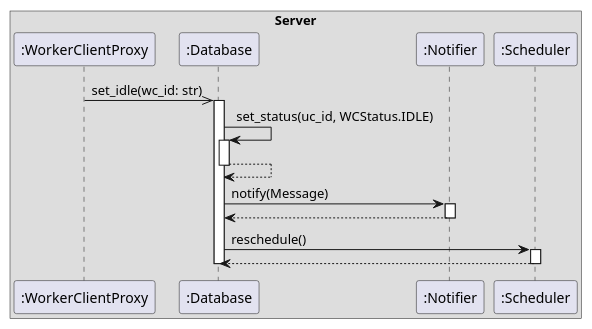
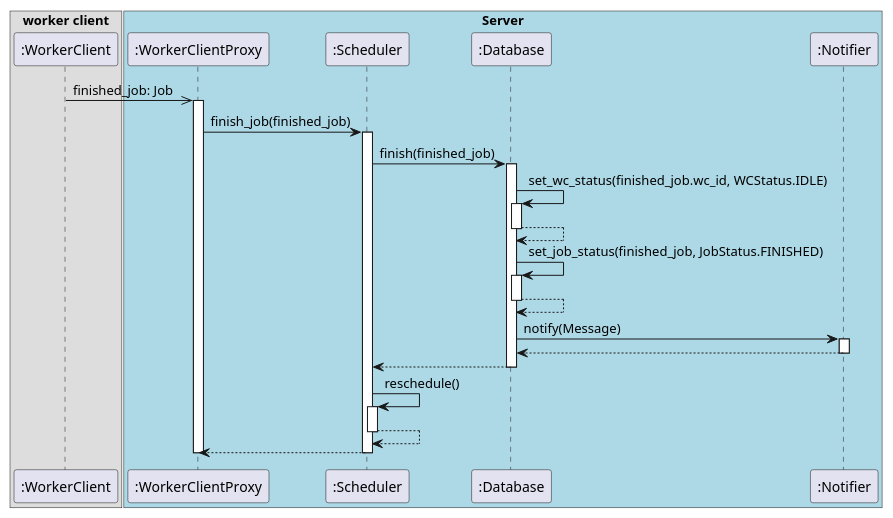
Before and after one commit to DistributedTaskScheduling/documentation: the diagram in design/sequence/finish-sd.puml, drawn with PlantUML.

Commit message:
improved finish sd

```diff
--- a/design/sequence/finish-sd.puml
+++ b/design/sequence/finish-sd.puml
@@ -1,21 +1,30 @@
 @startuml
 
-box "Server"
-    participant ":WorkerClientProxy" as wc
+box "worker client"
+    participant ":WorkerClient" as wc
+end box
+
+box "Server" #LightBlue
+    participant ":WorkerClientProxy" as wcp
+    participant ":Scheduler" as s
     participant ":Database" as db
     participant ":Notifier" as n
-    participant ":Scheduler" as s
 end box
 
-wc ->> db ++: set_idle(wc_id: str)
-db  -> db ++: set_status(uc_id, WCStatus.IDLE) 
-db --> db --:
+wc ->> wcp ++ : finished_job: Job
+wcp -> s ++ : finish_job(finished_job)
+s -> db ++ : finish(finished_job)
+db -> db ++: set_wc_status(finished_job.wc_id, WCStatus.IDLE)
+db-->db --
+db -> db ++: set_job_status(finished_job, JobStatus.FINISHED)
+db-->db --
 db -> n ++: notify(Message)
 n --> db --:
+db --> s --
 
-db -> s ++: reschedule()
-s --> db --
-
-deactivate db
+s -> s ++: reschedule()
+s --> s --
+s --> wcp --
+wcp--
 
 @enduml
```
